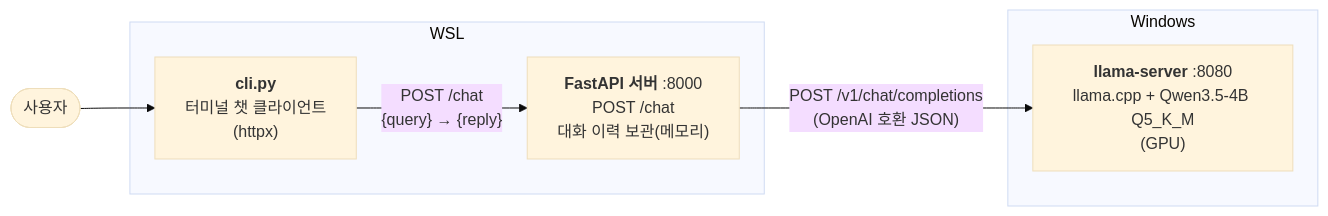
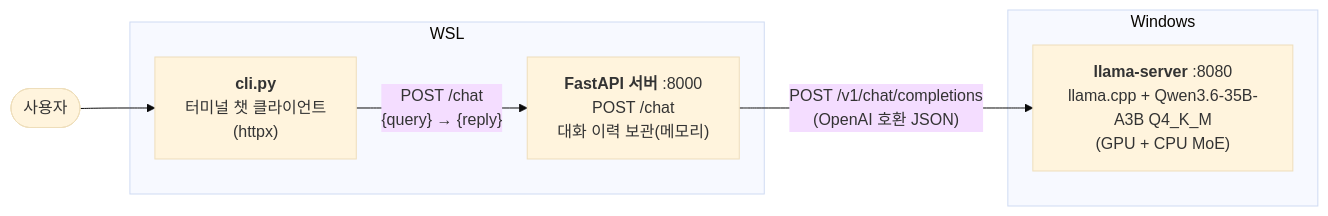
Before and after one commit to RyanKim0830/Tinker: the second of 4 diagrams in docs/architecture.md, drawn with Mermaid (base theme). The commit also changed other lines of this file and 4 other files, not shown here.

````diff
--- a/docs/architecture.md
+++ b/docs/architecture.md
@@ -24,16 +24,16 @@
 ```mermaid
 flowchart LR
     user(["사용자"])
     cli["<b>cli.py</b><br/>터미널 챗 클라이언트<br/>(httpx)"]
     api["<b>FastAPI 서버</b> :8000<br/>POST /chat<br/>대화 이력 보관(메모리)"]
     subgraph wsl["WSL"]
         cli
         api
     end
     subgraph win["Windows"]
-        llama["<b>llama-server</b> :8080<br/>llama.cpp + Qwen3.5-4B Q5_K_M<br/>(GPU)"]
+        llama["<b>llama-server</b> :8080<br/>llama.cpp + Qwen3.6-35B-A3B Q4_K_M<br/>(GPU + CPU MoE)"]
     end
     user --> cli
     cli -- "POST /chat<br/>{query} → {reply}" --> api
     api -- "POST /v1/chat/completions<br/>(OpenAI 호환 JSON)" --> llama
 ```
````
